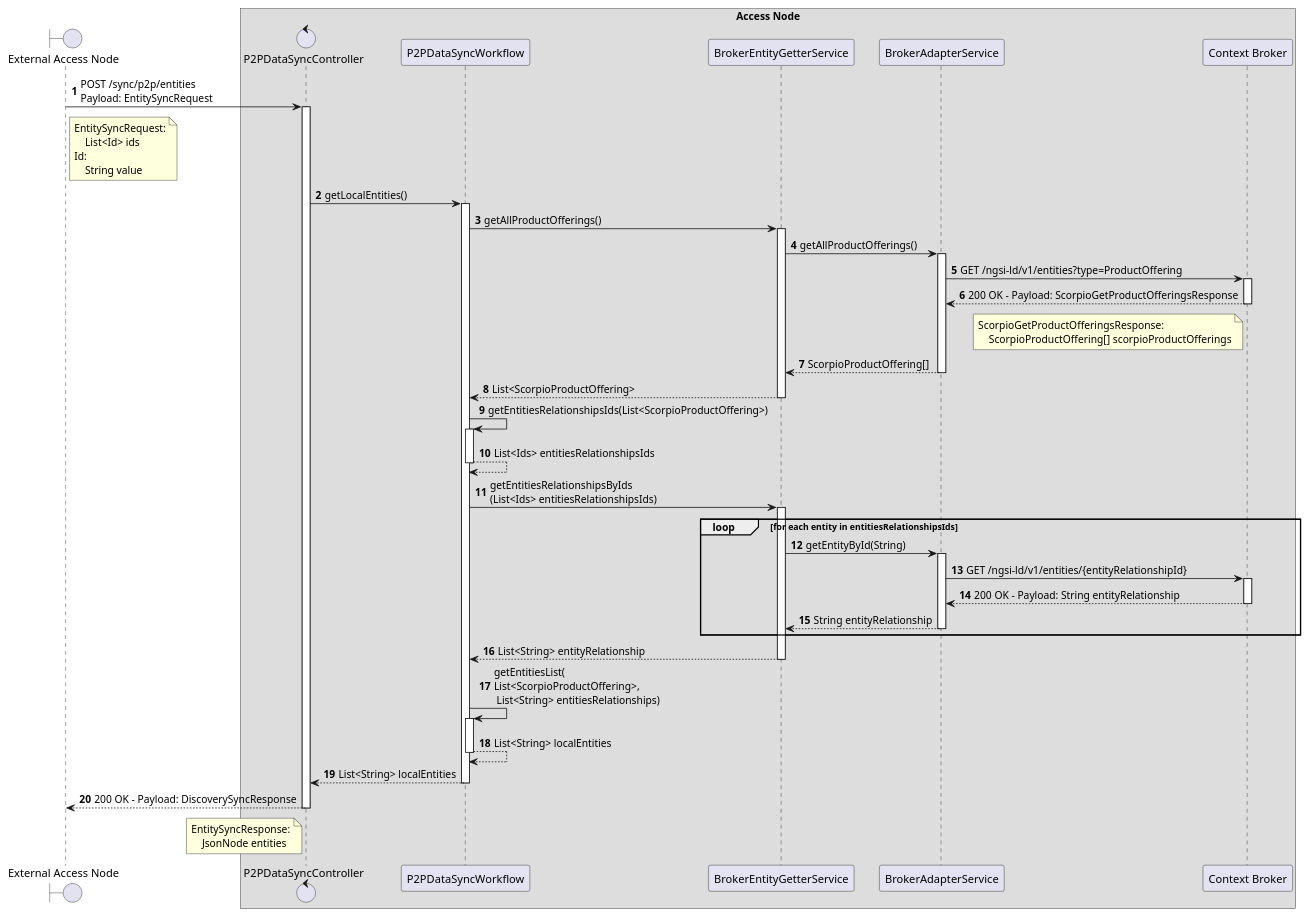
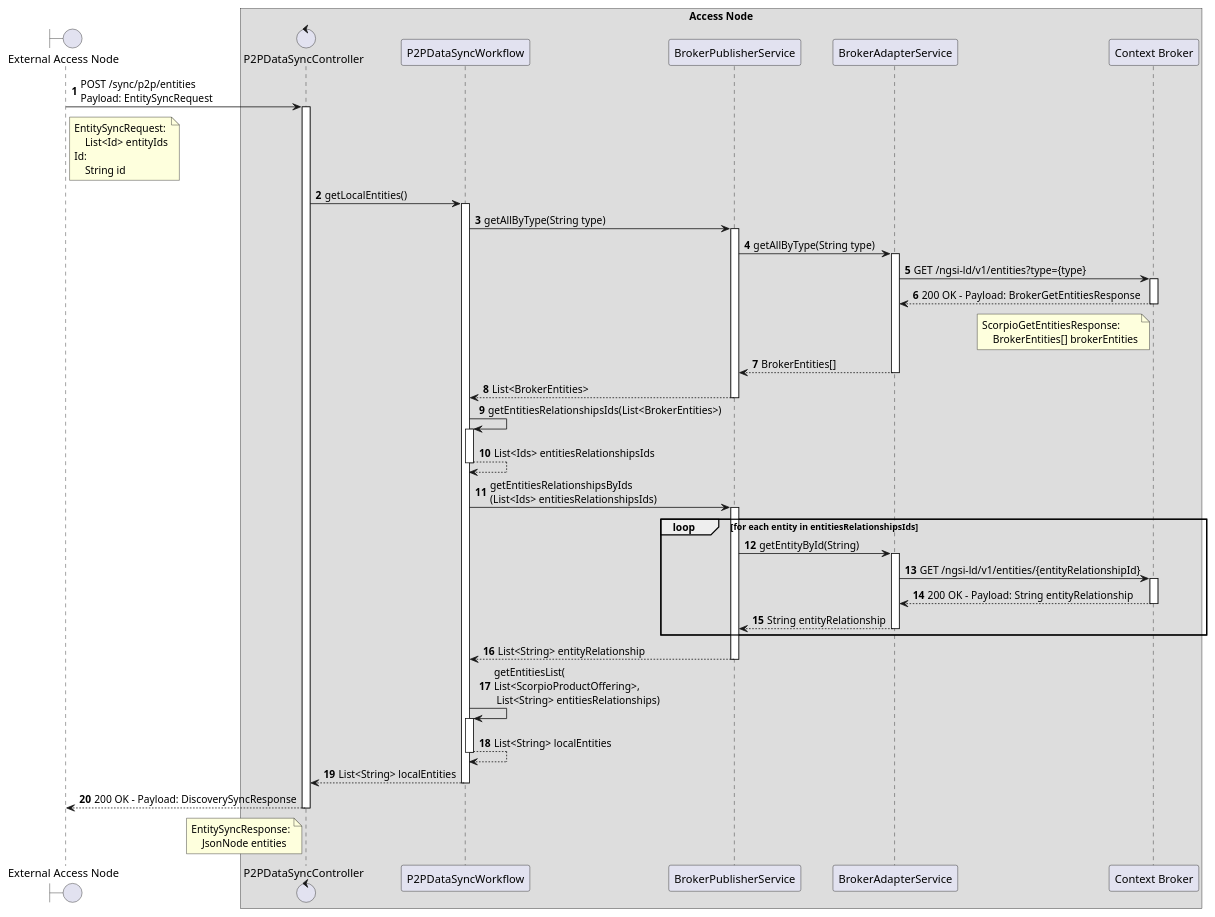
Before and after one commit to in2workspace/in2-desmos-api: the diagram in docs/diagrams/data-synchronization/sync-entities/p2p-sync-entities.puml, drawn with PlantUML.

Commit message:
docs(diagram): improve diagram

```diff
--- a/docs/diagrams/data-synchronization/sync-entities/p2p-sync-entities.puml
+++ b/docs/diagrams/data-synchronization/sync-entities/p2p-sync-entities.puml
@@ -1,65 +1,65 @@
 @startuml
 'https://plantuml.com/sequence-diagram
 
 '---------- Config ----------------
 
 autonumber
 
 '---------- Header ----------------
 
 boundary "External Access Node" as ean
 
 box "Access Node"
 
   control "P2PDataSyncController" as p2pController
   participant "P2PDataSyncWorkflow" as p2pWorkflow
-  participant "BrokerEntityGetterService" as begs
+  participant "BrokerPublisherService" as begs
   participant "BrokerAdapterService" as bas
   participant "Context Broker" as cb
 
 end box
 
 '---------- Diagram ----------------
 
 ean -> p2pController++: POST /sync/p2p/entities \nPayload: EntitySyncRequest
 
 note right of ean
     EntitySyncRequest:
-        List<Id> ids
+        List<Id> entityIds
     Id:
-        String value
+        String id
 end note
 
     p2pController -> p2pWorkflow++: getLocalEntities()
-        p2pWorkflow -> begs++: getAllProductOfferings()
-            begs -> bas++: getAllProductOfferings()
-                bas -> cb++: GET /ngsi-ld/v1/entities?type=ProductOffering
-                return 200 OK - Payload: ScorpioGetProductOfferingsResponse
+        p2pWorkflow -> begs++: getAllByType(String type)
+            begs -> bas++: getAllByType(String type)
+                bas -> cb++: GET /ngsi-ld/v1/entities?type={type}
+                return 200 OK - Payload: BrokerGetEntitiesResponse
 
                 note left of cb
-                    ScorpioGetProductOfferingsResponse:
-                        ScorpioProductOffering[] scorpioProductOfferings
+                    ScorpioGetEntitiesResponse:
+                        BrokerEntities[] brokerEntities
                 end note
 
-            return ScorpioProductOffering[]
-        return List<ScorpioProductOffering>
-            p2pWorkflow -> p2pWorkflow++: getEntitiesRelationshipsIds(List<ScorpioProductOffering>)
+            return BrokerEntities[]
+        return List<BrokerEntities>
+            p2pWorkflow -> p2pWorkflow++: getEntitiesRelationshipsIds(List<BrokerEntities>)
             return List<Ids> entitiesRelationshipsIds
         p2pWorkflow -> begs++: getEntitiesRelationshipsByIds\n(List<Ids> entitiesRelationshipsIds)
             loop for each entity in entitiesRelationshipsIds
                 begs -> bas++: getEntityById(String)
                     bas -> cb++: GET /ngsi-ld/v1/entities/{entityRelationshipId}
                     return 200 OK - Payload: String entityRelationship
                 return String entityRelationship
             end
             return List<String> entityRelationship
             p2pWorkflow -> p2pWorkflow++: getEntitiesList(\nList<ScorpioProductOffering>,\n List<String> entitiesRelationships)
             return List<String> localEntities
         return List<String> localEntities
 return 200 OK - Payload: DiscoverySyncResponse
 
 note left of p2pController
     EntitySyncResponse:
         JsonNode entities
 end note
 @enduml
```
